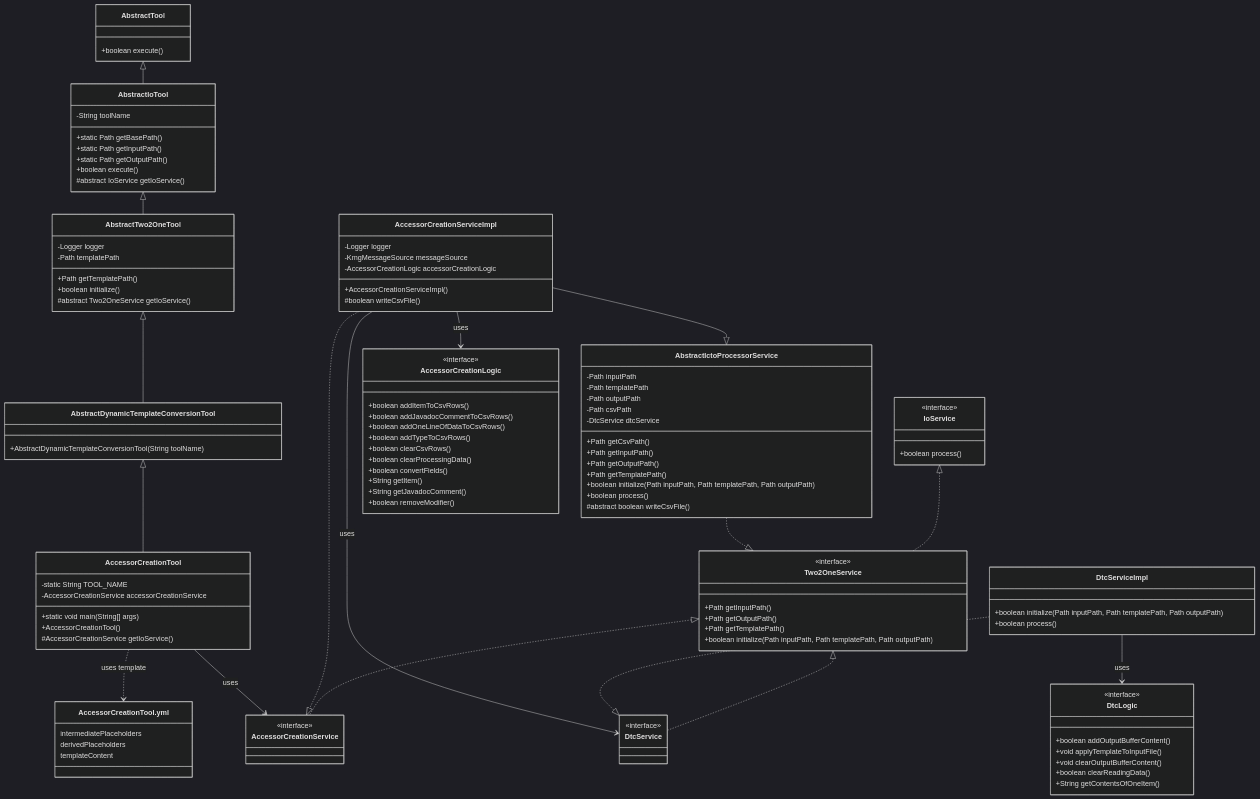
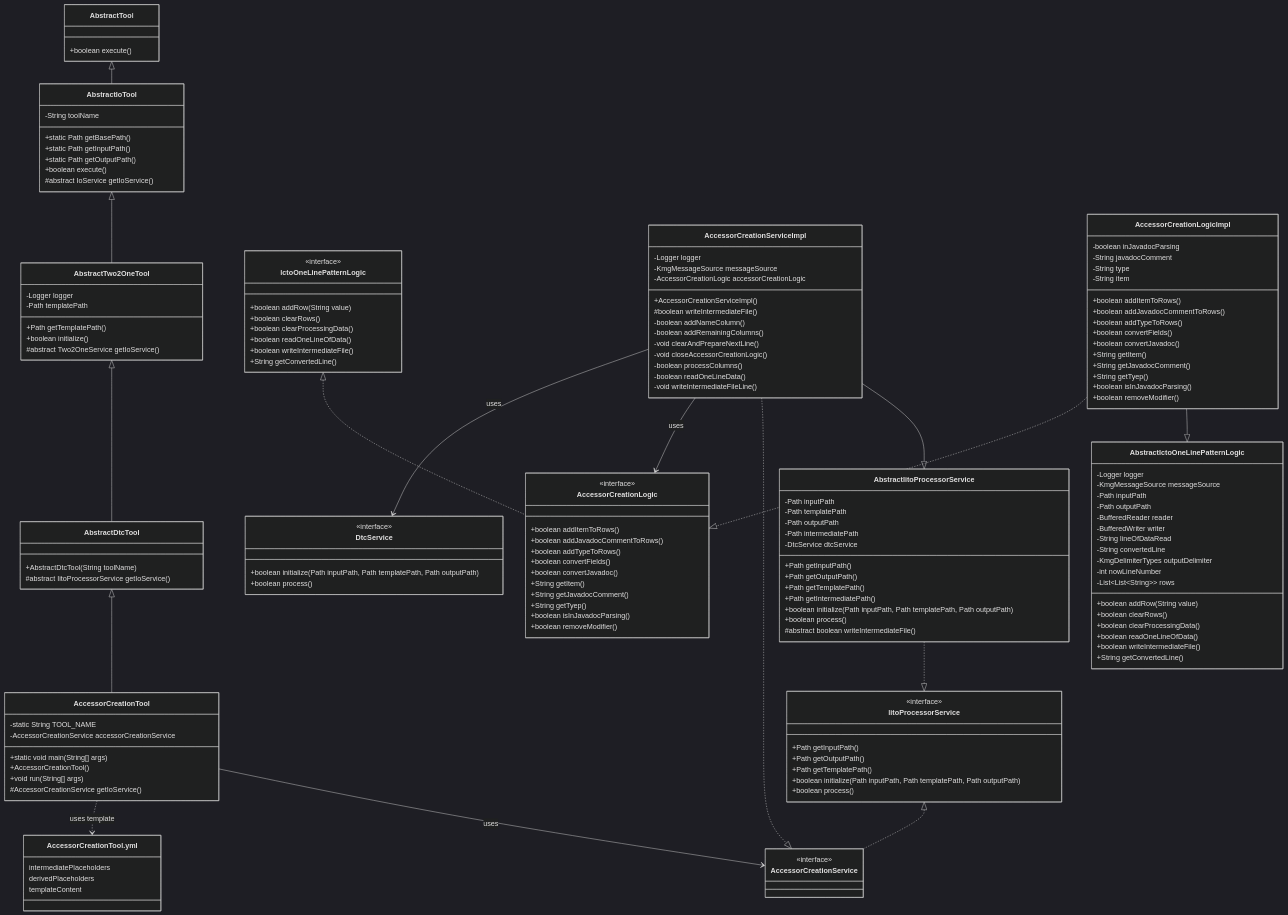
Before and after one commit to KenichiroArai/kmg-tool-base: the first of 2 diagrams in doc/設計書/アクセサ作成ツールの設計図.md, drawn with Mermaid (dark theme). The commit also changed other lines of this file, not shown here.

```diff
--- a/doc/設計書/アクセサ作成ツールの設計図.md
+++ b/doc/設計書/アクセサ作成ツールの設計図.md
@@ -7,25 +7,24 @@
     %% 継承関係
     AbstractTool <|-- AbstractIoTool
     AbstractIoTool <|-- AbstractTwo2OneTool
-    AbstractTwo2OneTool <|-- AbstractDynamicTemplateConversionTool
-    AbstractDynamicTemplateConversionTool <|-- AccessorCreationTool
+    AbstractTwo2OneTool <|-- AbstractDtcTool
+    AbstractDtcTool <|-- AccessorCreationTool
 
     %% インターフェース実装関係
-    IoService <|.. Two2OneService
-    Two2OneService <|.. DtcService
-    Two2OneService <|.. AccessorCreationService
+    IitoProcessorService <|.. AccessorCreationService
+    IctoOneLinePatternLogic <|.. AccessorCreationLogic
 
     %% サービス実装関係
-    AbstractIctoProcessorService ..|> Two2OneService
-    AccessorCreationServiceImpl --|> AbstractIctoProcessorService
+    AbstractIitoProcessorService ..|> IitoProcessorService
+    AccessorCreationServiceImpl --|> AbstractIitoProcessorService
     AccessorCreationServiceImpl ..|> AccessorCreationService
-    DtcServiceImpl ..|> DtcService
+    AccessorCreationLogicImpl --|> AbstractIctoOneLinePatternLogic
+    AccessorCreationLogicImpl ..|> AccessorCreationLogic
 
     %% ロジック関係
     AccessorCreationTool --> AccessorCreationService : uses
     AccessorCreationServiceImpl --> AccessorCreationLogic : uses
     AccessorCreationServiceImpl --> DtcService : uses
-    DtcServiceImpl --> DtcLogic : uses
 
     %% テンプレート関連
     AccessorCreationTool ..> AccessorCreationTool.yml : uses template
@@ -51,8 +50,9 @@
         #abstract Two2OneService getIoService()
     }
 
-    class AbstractDynamicTemplateConversionTool {
-        +AbstractDynamicTemplateConversionTool(String toolName)
+    class AbstractDtcTool {
+        +AbstractDtcTool(String toolName)
+        #abstract IitoProcessorService getIoService()
     }
 
     class AccessorCreationTool {
@@ -60,20 +60,17 @@
         -AccessorCreationService accessorCreationService
         +static void main(String[] args)
         +AccessorCreationTool()
+        +void run(String[] args)
         #AccessorCreationService getIoService()
     }
 
-    class IoService {
-        <<interface>>
-        +boolean process()
-    }
-
-    class Two2OneService {
+    class IitoProcessorService {
         <<interface>>
         +Path getInputPath()
         +Path getOutputPath()
         +Path getTemplatePath()
         +boolean initialize(Path inputPath, Path templatePath, Path outputPath)
+        +boolean process()
     }
 
     class AccessorCreationService {
@@ -82,21 +79,23 @@
 
     class DtcService {
         <<interface>>
+        +boolean initialize(Path inputPath, Path templatePath, Path outputPath)
+        +boolean process()
     }
 
-    class AbstractIctoProcessorService {
+    class AbstractIitoProcessorService {
         -Path inputPath
         -Path templatePath
         -Path outputPath
-        -Path csvPath
+        -Path intermediatePath
         -DtcService dtcService
-        +Path getCsvPath()
         +Path getInputPath()
         +Path getOutputPath()
         +Path getTemplatePath()
+        +Path getIntermediatePath()
         +boolean initialize(Path inputPath, Path templatePath, Path outputPath)
         +boolean process()
-        #abstract boolean writeCsvFile()
+        #abstract boolean writeIntermediateFile()
     }
 
     class AccessorCreationServiceImpl {
@@ -104,35 +103,75 @@
         -KmgMessageSource messageSource
         -AccessorCreationLogic accessorCreationLogic
         +AccessorCreationServiceImpl()
-        #boolean writeCsvFile()
+        #boolean writeIntermediateFile()
+        -boolean addNameColumn()
+        -boolean addRemainingColumns()
+        -void clearAndPrepareNextLine()
+        -void closeAccessorCreationLogic()
+        -boolean processColumns()
+        -boolean readOneLineData()
+        -void writeIntermediateFileLine()
     }
 
-    class DtcServiceImpl {
-        +boolean initialize(Path inputPath, Path templatePath, Path outputPath)
-        +boolean process()
+    class IctoOneLinePatternLogic {
+        <<interface>>
+        +boolean addRow(String value)
+        +boolean clearRows()
+        +boolean clearProcessingData()
+        +boolean readOneLineOfData()
+        +boolean writeIntermediateFile()
+        +String getConvertedLine()
     }
 
     class AccessorCreationLogic {
         <<interface>>
-        +boolean addItemToCsvRows()
-        +boolean addJavadocCommentToCsvRows()
-        +boolean addOneLineOfDataToCsvRows()
-        +boolean addTypeToCsvRows()
-        +boolean clearCsvRows()
-        +boolean clearProcessingData()
+        +boolean addItemToRows()
+        +boolean addJavadocCommentToRows()
+        +boolean addTypeToRows()
         +boolean convertFields()
+        +boolean convertJavadoc()
         +String getItem()
         +String getJavadocComment()
+        +String getTyep()
+        +boolean isInJavadocParsing()
         +boolean removeModifier()
     }
 
-    class DtcLogic {
-        <<interface>>
-        +boolean addOutputBufferContent()
-        +void applyTemplateToInputFile()
-        +void clearOutputBufferContent()
-        +boolean clearReadingData()
-        +String getContentsOfOneItem()
+    class AbstractIctoOneLinePatternLogic {
+        -Logger logger
+        -KmgMessageSource messageSource
+        -Path inputPath
+        -Path outputPath
+        -BufferedReader reader
+        -BufferedWriter writer
+        -String lineOfDataRead
+        -String convertedLine
+        -KmgDelimiterTypes outputDelimiter
+        -int nowLineNumber
+        -List~List~String~~ rows
+        +boolean addRow(String value)
+        +boolean clearRows()
+        +boolean clearProcessingData()
+        +boolean readOneLineOfData()
+        +boolean writeIntermediateFile()
+        +String getConvertedLine()
+    }
+
+    class AccessorCreationLogicImpl {
+        -boolean inJavadocParsing
+        -String javadocComment
+        -String type
+        -String item
+        +boolean addItemToRows()
+        +boolean addJavadocCommentToRows()
+        +boolean addTypeToRows()
+        +boolean convertFields()
+        +boolean convertJavadoc()
+        +String getItem()
+        +String getJavadocComment()
+        +String getTyep()
+        +boolean isInJavadocParsing()
+        +boolean removeModifier()
     }
 
     class AccessorCreationTool.yml {
```
